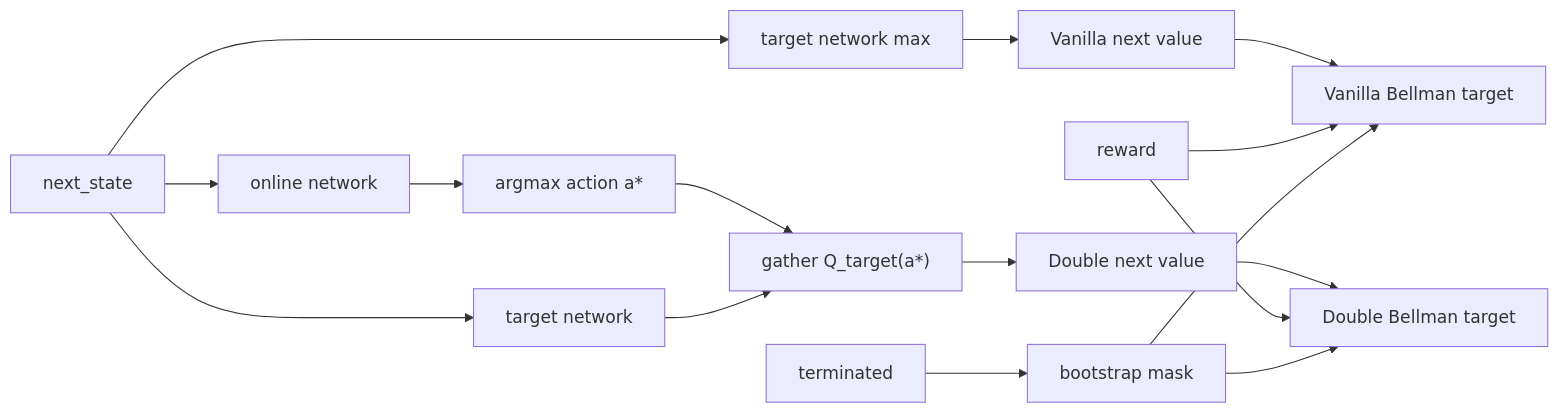
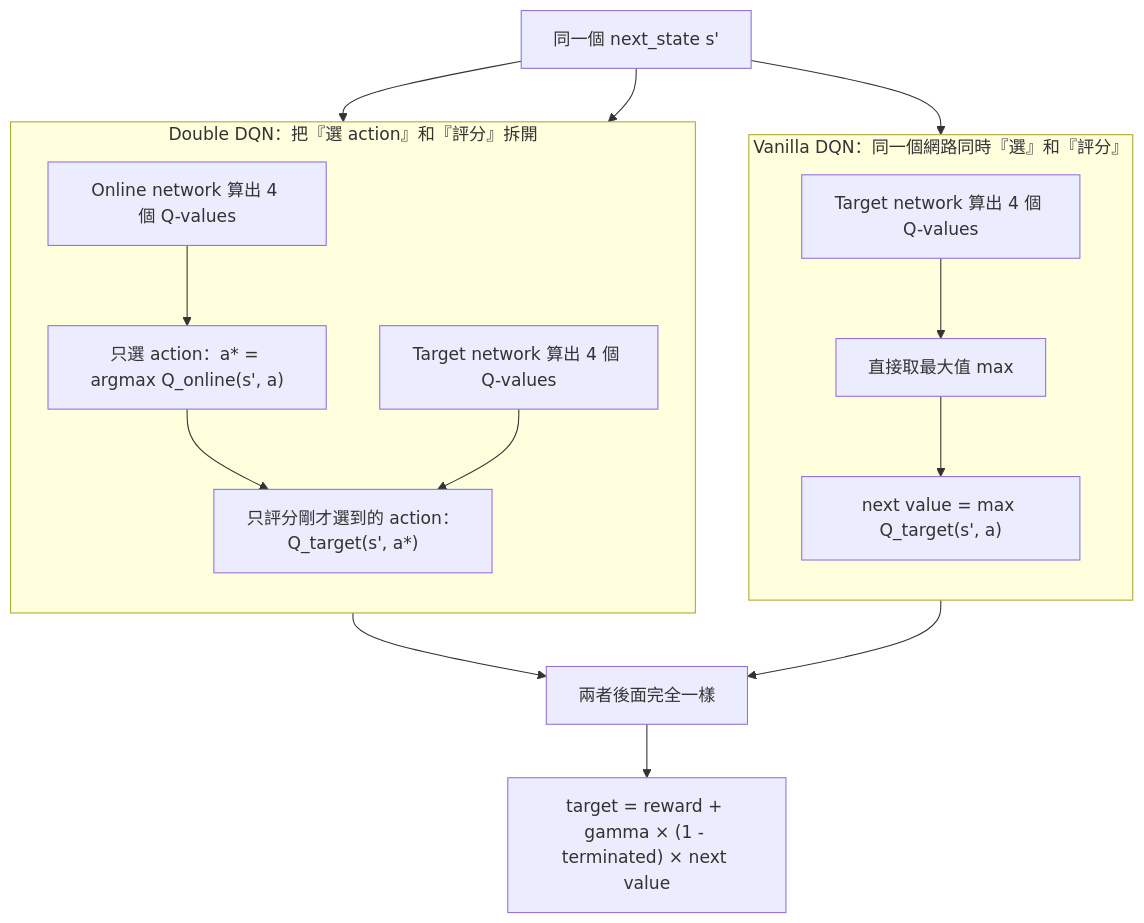
The diagram in assets/day17/double-dqn-target-flow.mmd (Tommyweige/breakout-rl-engineering), drawn with Mermaid before and after one commit.

Commit message:
docs: simplify Day 17 Double DQN flow source

```diff
--- a/assets/day17/double-dqn-target-flow.mmd
+++ b/assets/day17/double-dqn-target-flow.mmd
@@ -1,21 +1,29 @@
-flowchart LR
-    S["next_state"]
-    R["reward"]
-    T["terminated"] --> M["bootstrap mask"]
+flowchart TB
+    S["同一個 next_state  s'"]
 
-    S --> VM["target network max"]
-    VM --> VV["Vanilla next value"]
-    VV --> VY["Vanilla Bellman target"]
+    S --> V0
+    S --> D0
 
-    S --> O["online network"]
-    O --> A["argmax action a*"]
-    S --> N["target network"]
-    A --> G["gather Q_target(a*)"]
-    N --> G
-    G --> DV["Double next value"]
-    DV --> DY["Double Bellman target"]
+    subgraph V["Vanilla DQN：同一個網路同時『選』和『評分』"]
+        direction TB
+        V0["Target network 算出 4 個 Q-values"]
+        V1["直接取最大值 max"]
+        V2["next value = max Q_target(s', a)"]
+        V0 --> V1 --> V2
+    end
 
-    R --> VY
-    R --> DY
-    M --> VY
-    M --> DY
+    subgraph D["Double DQN：把『選 action』和『評分』拆開"]
+        direction TB
+        D0["Online network 算出 4 個 Q-values"]
+        D1["只選 action：a* = argmax Q_online(s', a)"]
+        D2["Target network 算出 4 個 Q-values"]
+        D3["只評分剛才選到的 action：Q_target(s', a*)"]
+        D0 --> D1 --> D3
+        D2 --> D3
+    end
+
+    S --> D2
+
+    V2 --> C["兩者後面完全一樣"]
+    D3 --> C
+    C --> Y["target = reward + gamma × (1 - terminated) × next value"]
```
